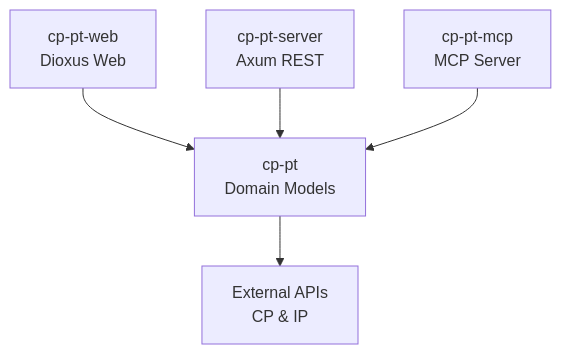
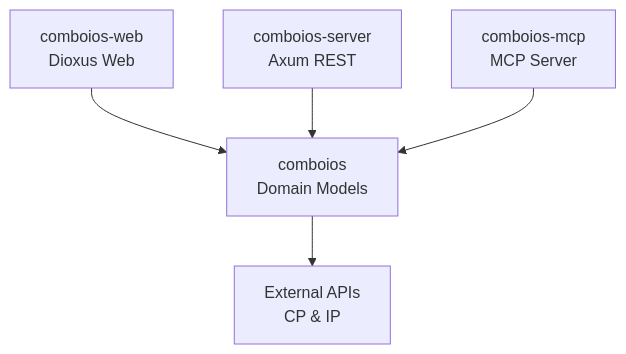
The diagram in README.md (caiocdcs/comboios-rs), drawn with Mermaid before and after one commit. The commit also changed other lines of this file and 15 other files, not shown here.

````diff
--- a/README.md
+++ b/README.md
@@ -88,7 +154,7 @@
 ```mermaid
 graph TD
-    A[cp-pt-web<br/>Dioxus Web] --> D[cp-pt<br/>Domain Models]
-    B[cp-pt-server<br/>Axum REST] --> D
-    C[cp-pt-mcp<br/>MCP Server] --> D
+    A[comboios-web<br/>Dioxus Web] --> D[comboios<br/>Domain Models]
+    B[comboios-server<br/>Axum REST] --> D
+    C[comboios-mcp<br/>MCP Server] --> D
     D --> E[External APIs<br/>CP & IP]
 ```
````
